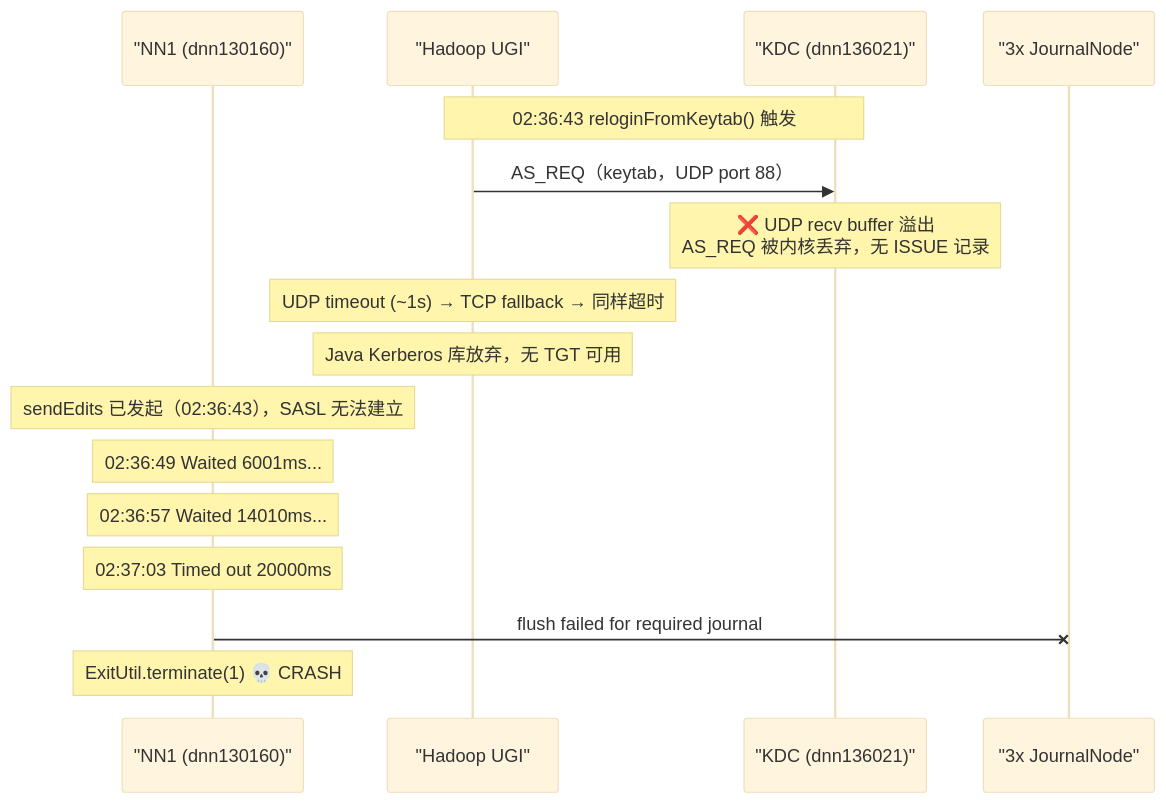
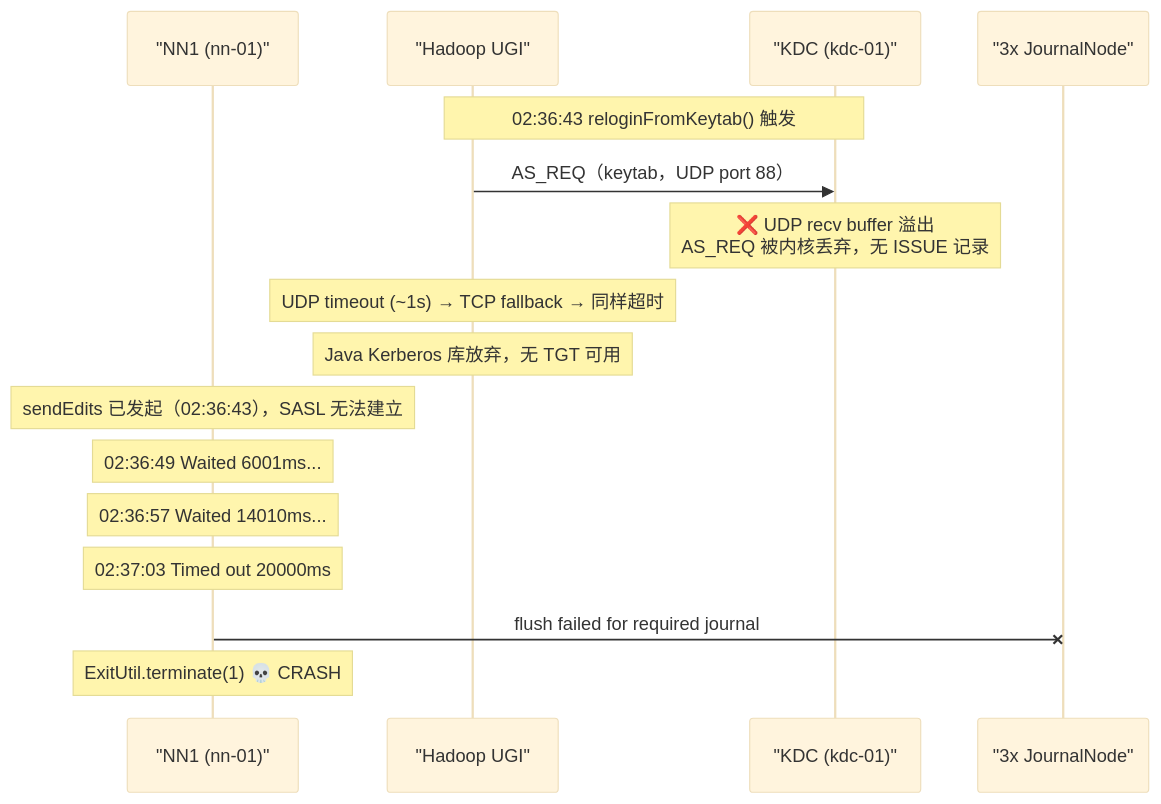
Before and after one commit to hpliStartAgain/my-brain: the fourth of 4 diagrams in content/SRE/故障排查与复盘/NameNode崩溃复盘-QJM写超时与KDC-UDP丢包-20260320.md, drawn with Mermaid (base theme). The commit also changed other lines of this file and 16 other files, not shown here.

````diff
--- a/content/SRE/故障排查与复盘/NameNode崩溃复盘-QJM写超时与KDC-UDP丢包-20260320.md
+++ b/content/SRE/故障排查与复盘/NameNode崩溃复盘-QJM写超时与KDC-UDP丢包-20260320.md
@@ -223,20 +223,20 @@
 ```mermaid
 sequenceDiagram
-    participant NN as "NN1 (dnn130160)"
+    participant NN as "NN1 (nn-01)"
     participant UGI as "Hadoop UGI"
-    participant KDC as "KDC (dnn136021)"
+    participant KDC as "KDC (kdc-01)"
     participant JNs as "3x JournalNode"
 
     Note over UGI,KDC: 02:36:43 reloginFromKeytab() 触发
     UGI->>KDC: AS_REQ（keytab，UDP port 88）
     Note over KDC: ❌ UDP recv buffer 溢出<br/>AS_REQ 被内核丢弃，无 ISSUE 记录
     Note over UGI: UDP timeout (~1s) → TCP fallback → 同样超时
     Note over UGI: Java Kerberos 库放弃，无 TGT 可用
 
     Note over NN: sendEdits 已发起（02:36:43），SASL 无法建立
     Note over NN: 02:36:49 Waited 6001ms...
     Note over NN: 02:36:57 Waited 14010ms...
     Note over NN: 02:37:03 Timed out 20000ms
     NN-xJNs: flush failed for required journal
     Note over NN: ExitUtil.terminate(1) 💀 CRASH
 ```
````
